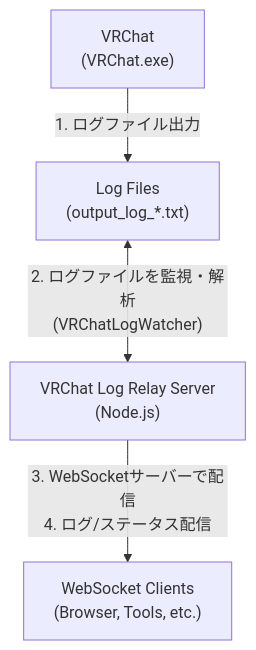
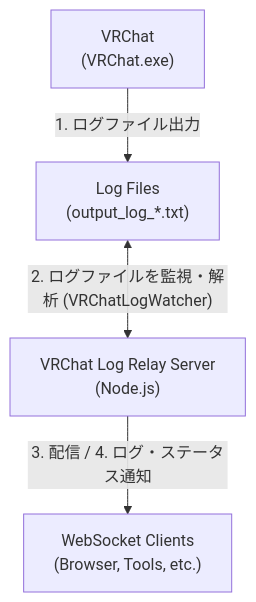
The diagram in README.md (kurotori4423/vrc-log-relay-server), drawn with Mermaid before and after one commit.

Commit message:
fix: システム構成図の表現を改善し、ログファイル監視と配信のプロセスを明確化

````diff
--- a/README.md
+++ b/README.md
@@ -31,11 +31,11 @@
 ```mermaid
 graph TD
     VRChat["VRChat<br>(VRChat.exe)"]
     LogFiles["Log Files<br>(output_log_*.txt)"]
     RelayServer["VRChat Log Relay Server<br>(Node.js)"]
     Clients["WebSocket Clients<br>(Browser, Tools, etc.)"]
 
     VRChat -- "1. ログファイル出力" --> LogFiles
-    LogFiles <--> |"2. ログファイルを監視・解析<br>(VRChatLogWatcher)"| RelayServer
-    RelayServer -- "3. WebSocketサーバーで配信<br>4. ログ/ステータス配信" --> Clients
+    LogFiles <--> |"2. ログファイルを監視・解析 (VRChatLogWatcher)"| RelayServer
+    RelayServer -- "3. 配信 / 4. ログ・ステータス通知" --> Clients
 ```
````
